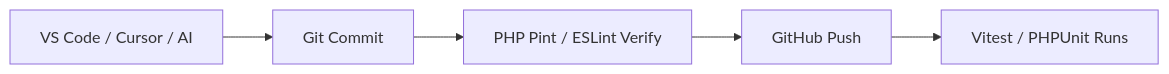
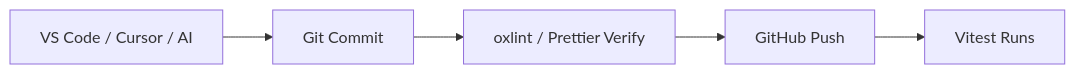
The third of 5 diagrams in docs/engineering/TECH_STACK.md (bitsy6699/WebDesa), drawn with Mermaid before and after one commit. The commit also changed other lines of this file and 545 other files, not shown here.

````diff
--- a/docs/engineering/TECH_STACK.md
+++ b/docs/engineering/TECH_STACK.md
@@ -166,7 +160,7 @@
 ```mermaid
 graph LR
     IDE[VS Code / Cursor / AI] --> Commit[Git Commit]
-    Commit --> Hook[PHP Pint / ESLint Verify]
+    Commit --> Hook[oxlint / Prettier Verify]
     Hook --> Push[GitHub Push]
-    Push --> Test[Vitest / PHPUnit Runs]
+    Push --> Test[Vitest Runs]
 ```
````
